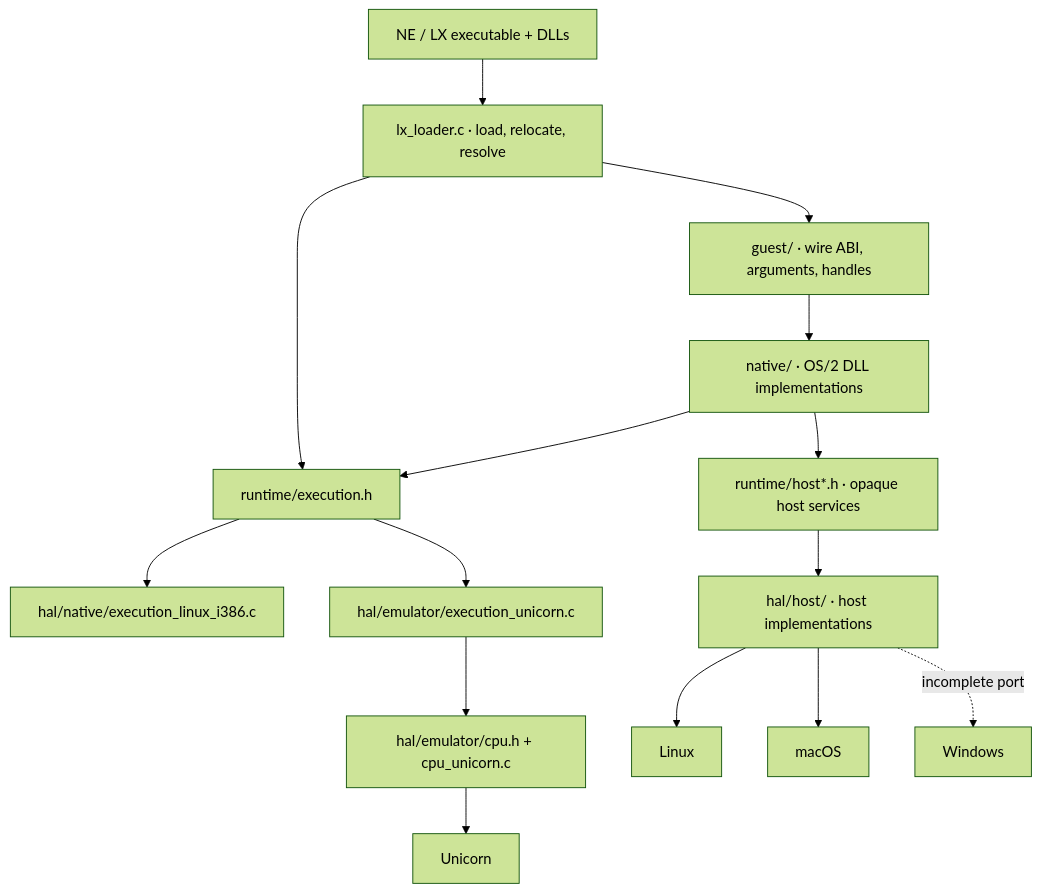
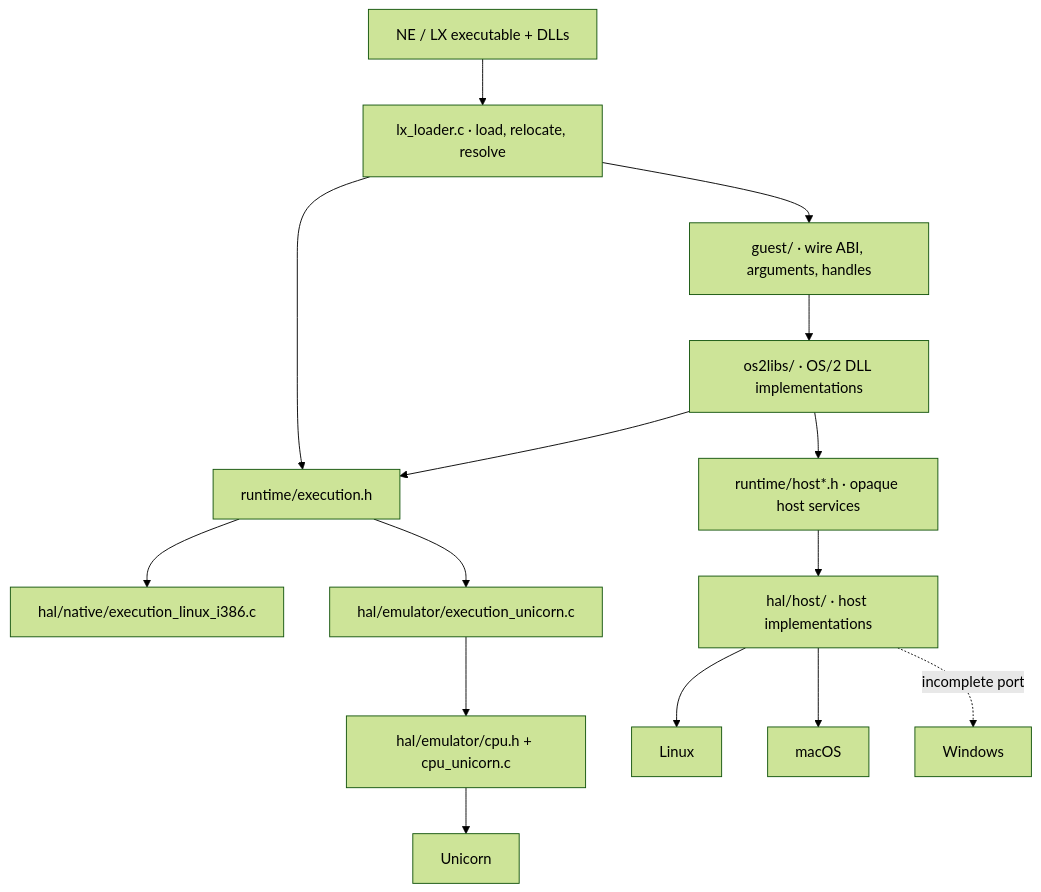
The first of 9 diagrams in docs/architecture.md (bitwisecook/2ine), drawn with Mermaid (forest theme) before and after one commit. The commit also changed other lines of this file and 51 other files, not shown here.

````diff
--- a/docs/architecture.md
+++ b/docs/architecture.md
@@ -9,16 +9,16 @@
 ```mermaid
 flowchart TD
     Image["NE / LX executable + DLLs"] --> Loader["lx_loader.c · load, relocate, resolve"]
     Loader --> Guest["guest/ · wire ABI, arguments, handles"]
-    Guest --> APIs["native/ · OS/2 DLL implementations"]
+    Guest --> APIs["os2libs/ · OS/2 DLL implementations"]
     Loader --> Execution["runtime/execution.h"]
     APIs --> Execution
     Execution --> Native["hal/native/execution_linux_i386.c"]
     Execution --> Emulator["hal/emulator/execution_unicorn.c"]
     Emulator --> CPU["hal/emulator/cpu.h + cpu_unicorn.c"] --> Unicorn["Unicorn"]
     APIs --> Host["runtime/host*.h · opaque host services"]
     Host --> HAL["hal/host/ · host implementations"]
     HAL --> Linux["Linux"]
     HAL --> Mac["macOS"]
     HAL -. incomplete port .-> Windows["Windows"]
 ```
````
